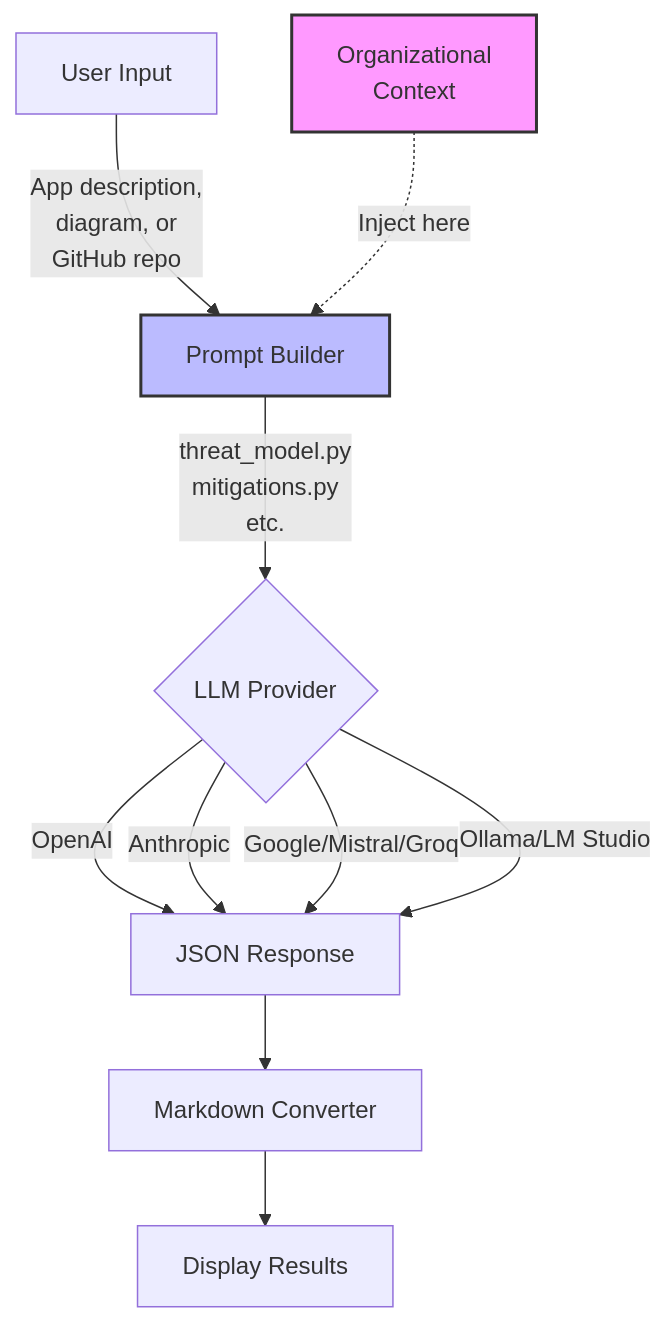
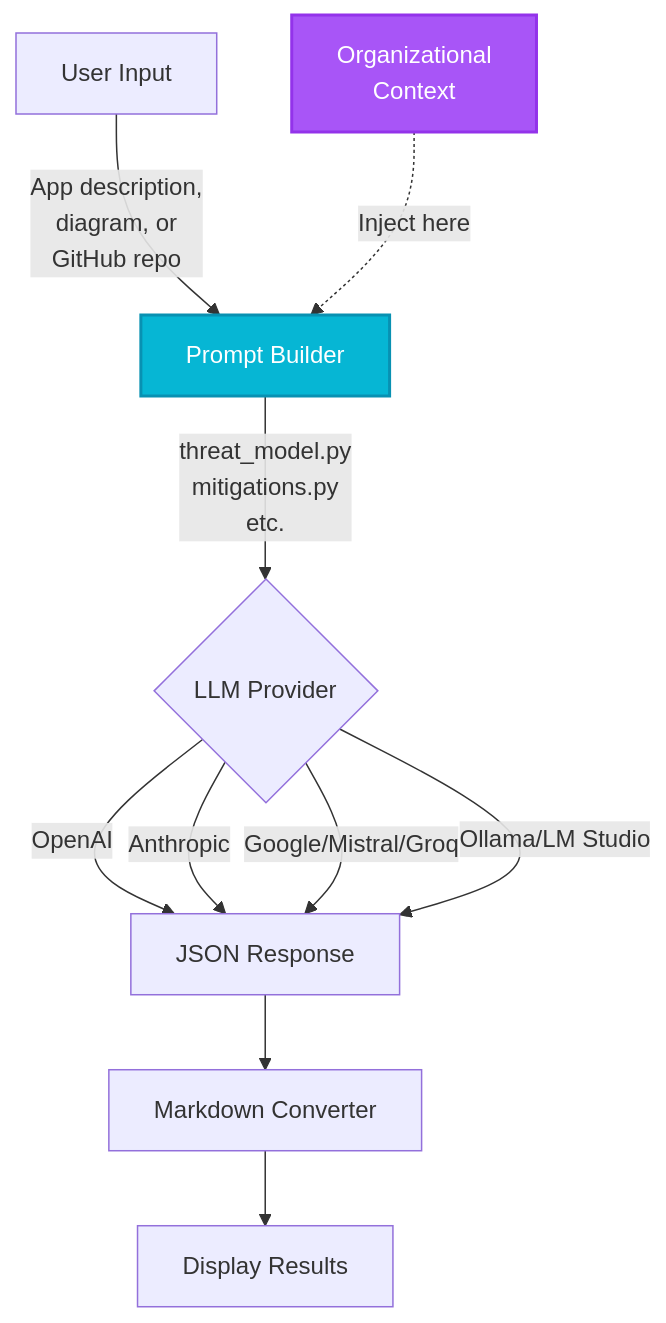
One commit to mrwadams/stride-gpt changed the first of 7 diagrams in docs/operationalization-guide.md. Above: the diagram before and after it, drawn with Mermaid. The commit also changed other lines of this file, not shown here.

````diff
--- a/docs/operationalization-guide.md
+++ b/docs/operationalization-guide.md
@@ -15,16 +15,16 @@
 ```mermaid
 flowchart TD
     A[User Input] -->|App description,<br/>diagram, or<br/>GitHub repo| B[Prompt Builder]
     B -->|threat_model.py<br/>mitigations.py<br/>etc.| C{LLM Provider}
     C -->|OpenAI| D[JSON Response]
     C -->|Anthropic| D
     C -->|Google/Mistral/Groq| D
     C -->|Ollama/LM Studio| D
     D --> E[Markdown Converter]
     E --> F[Display Results]
 
     G[Organizational<br/>Context] -.->|Inject here| B
 
-    style G fill:#f9f,stroke:#333,stroke-width:2px
-    style B fill:#bbf,stroke:#333,stroke-width:2px
+    style G fill:#A855F7,stroke:#9333EA,stroke-width:2px,color:#fff
+    style B fill:#06B6D4,stroke:#0891B2,stroke-width:2px,color:#fff
 ```
````
